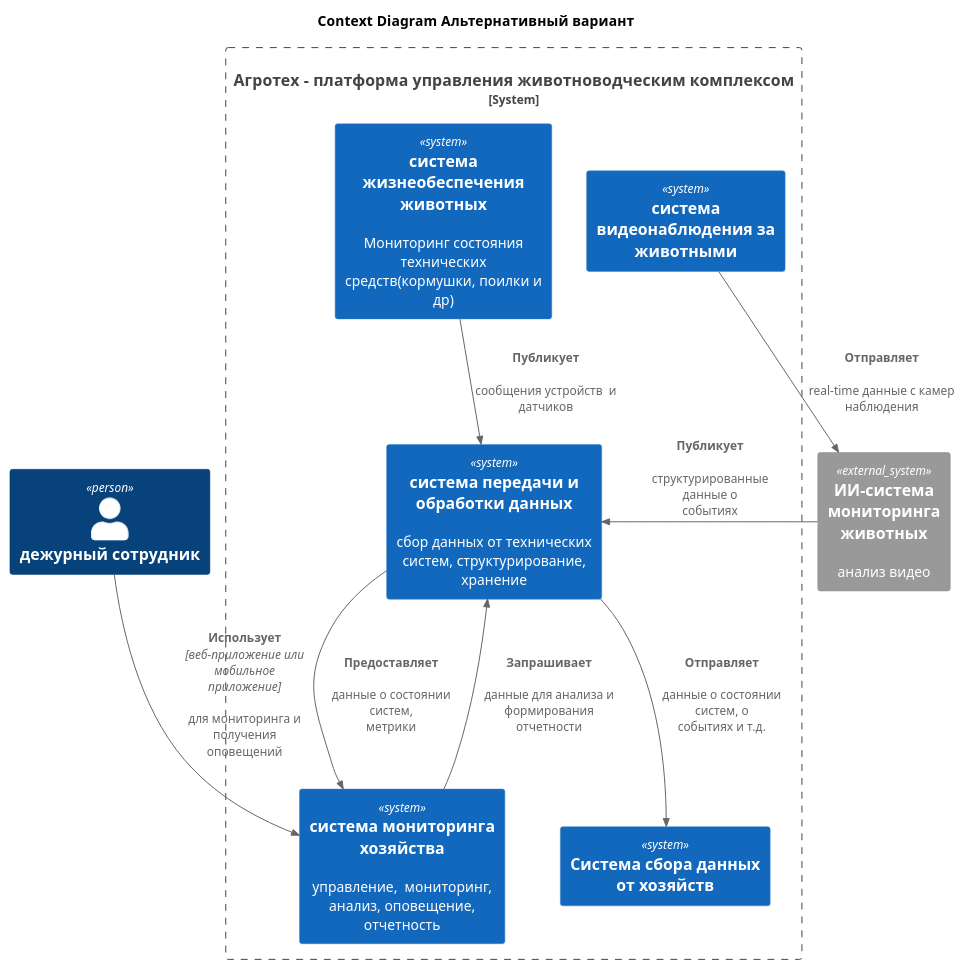
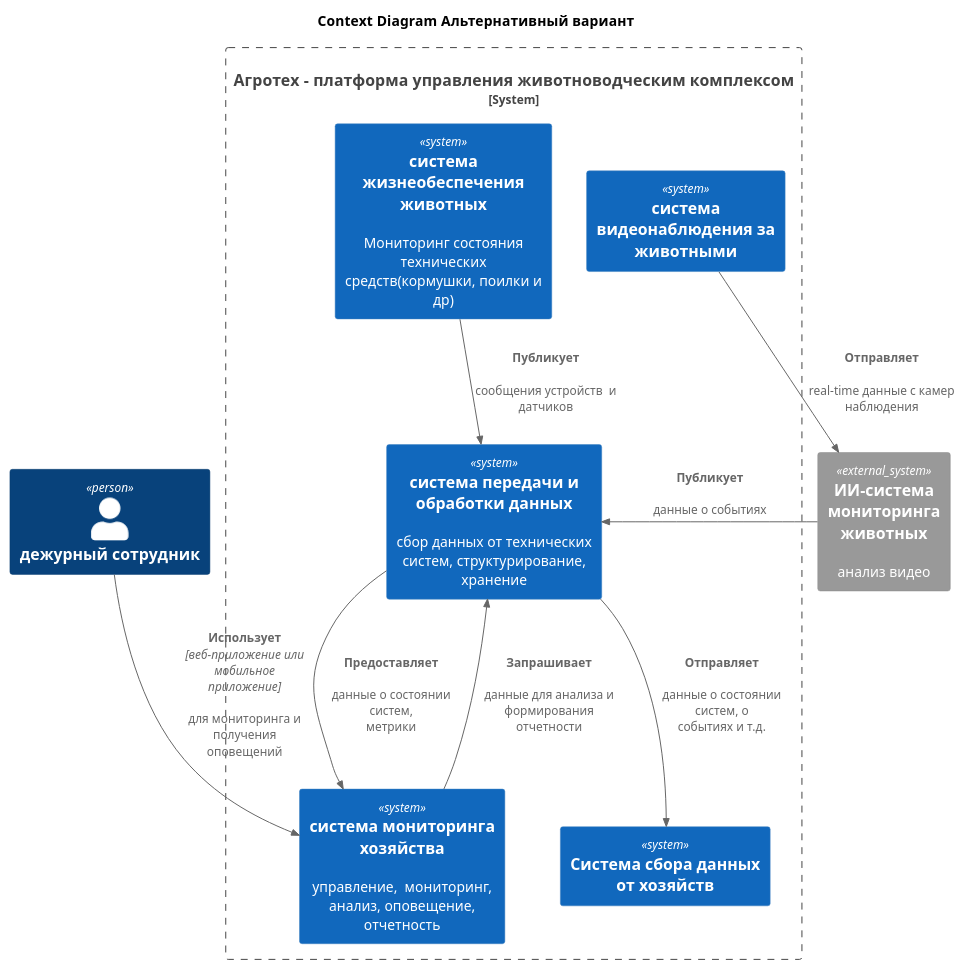
Before and after one commit to Bessolitsyn/MSA-AgroTech: the diagram in TASK1/agrotech_v2_С1.puml, drawn with PlantUML. The commit also changed 1 other file, not shown here.

```diff
--- a/TASK1/agrotech_v2_С1.puml
+++ b/TASK1/agrotech_v2_С1.puml
@@ -1,61 +1,61 @@
 @startuml агро_V1
 !include https://raw.githubusercontent.com/plantuml-stdlib/C4-PlantUML/master/C4_Context.puml
 title "Context Diagram  Альтернативный вариант"
 'title "Платформа управления животноводческим комплексом"
 Person(сотрудник, "дежурный сотрудник")
 
 System_Boundary(платформа, "Агротех  - платформа управления животноводческим комплексом") {
     ''Нефункциональные требования
     ''обеспечивать достаточно высокую отказоустойчивость 99,95%;
     ''быть расширяемой, то есть иметь возможность разработать новый функционал без изменений существующего;
     ''иметь высокую производительность — от момента возникновения нештатной ситуации, зафиксированной с помощью видеоаналитики, должно проходить не более 5 секунд до момента оповещения;
     ''позволять системе видеоаналитики реагировать в реальном времени (миллисекунды).    
     
     System(databus, "система передачи и обработки данных", "сбор данных от технических систем, структурирование, хранение ")
     
     System(цуп, "система мониторинга хозяйства", "управление,  мониторинг, анализ, оповещение, отчетность")
     '{
         'работать даже в случае отсутствия интернета и при необходимости отправлиять уведомления дежурному сотруднику на местах мониторинга, а после восстановления связи синхронизироваться с центральной системой;
         'иметь разделение ролей и поддерживать современные способы аутентификации и авторизации;
         'иметь API для создания мобильного приложения или веб-приложения.
         'предоставлять базовые метрики для передачи в другие системы;
         'поддерживать возможность добавления собственных метрик;
 
     '}
     System(животноводство,"система жизнеобеспечения животных", "Мониторинг состояния технических средств(кормушки, поилки и др)")
     '{
         'управлять кормушками и поилками разных производителей;
         'следить за состоянием систем фильтрации воды;
 
     '}   
     System(видео,"система видеонаблюдения за животными", "") 
     '{
         'поддерживать необходимое количество видеокамер для аналитики в реальном времени от разных производителей;
     '}       
     
     
     System(collector, "Система сбора данных от хозяйств")
 }
     System_Ext(ai, "ИИ-система мониторинга животных", "анализ видео") 
     'Готовую нейросетевую модель предоставят партнёры.
     '{ 
         'фиксировать признаки беспокойного поведения или драк среди животных и оповещать оператора;
         'фиксировать признаки задавливания поросят;
         'оценивать состояние животных по внешнему виду и поведению: болезнь, гибель, беспокойство и так далее;
         'пересчитывать поголовье;
         'делать пересчёт животных;
     '}
     
 
 
 
 Rel(видео, ai, "Отправляет", "", "real-time данные с камер наблюдения") 
-Rel(ai, databus, "Публикует", "", "структурированные данные о событиях")
+Rel(ai, databus, "Публикует", "", "данные о событиях")
 Rel(сотрудник, цуп, "Использует", "веб-приложение или мобильное приложение", "для мониторинга и получения оповещений")
 Rel(databus, цуп, "Предоставляет", "", "данные о состоянии систем, метрики") 
 Rel(цуп,databus, "Запрашивает", "", "данные для анализа и формирования отчетности") 
 Rel(животноводство, databus, "Публикует", "", "сообщения устройств  и датчиков") 
 Rel(databus, collector, "Отправляет","","данные о состоянии систем, о событиях и т.д.")
 
 
 @enduml
```
